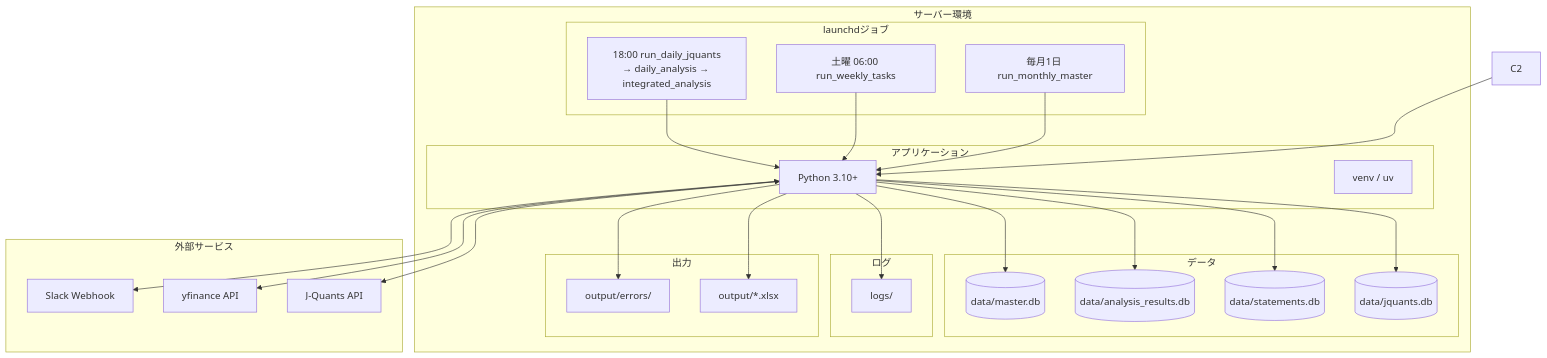
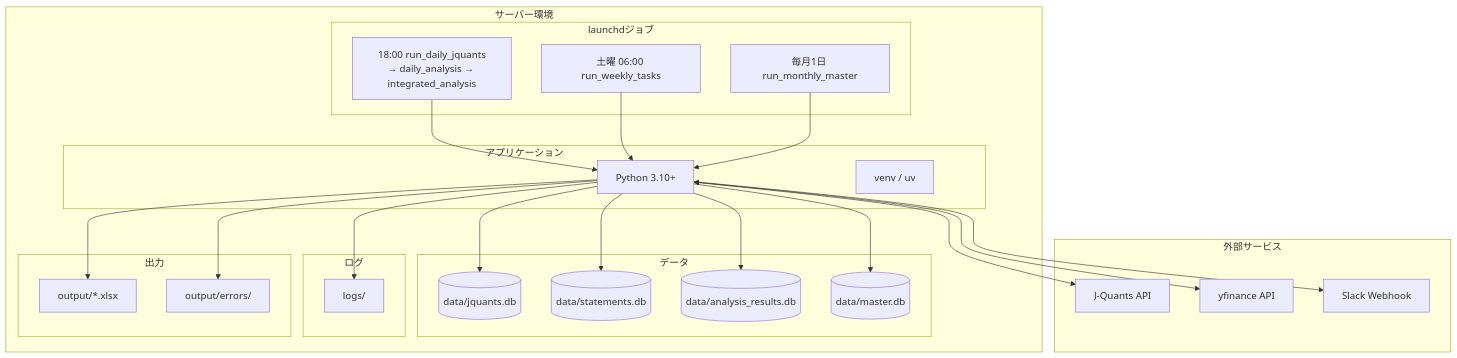
One commit to aidotters/stock-analysis changed the eighth of 9 diagrams in docs/core/diagrams.md. Above: the diagram before and after it, drawn with Mermaid. The commit also changed other lines of this file and 13 other files, not shown here.

````diff
--- a/docs/core/diagrams.md
+++ b/docs/core/diagrams.md
@@ -500,54 +616,53 @@
 ```mermaid
 graph TB
     subgraph Server["サーバー環境"]
         subgraph Cron["launchdジョブ"]
             C1[18:00 run_daily_jquants<br/>→ daily_analysis → integrated_analysis]
             C3[土曜 06:00 run_weekly_tasks]
             C4[毎月1日 run_monthly_master]
         end
 
         subgraph App["アプリケーション"]
             PY[Python 3.10+]
             VENV[venv / uv]
         end
 
         subgraph Data["データ"]
             DB1[(data/jquants.db)]
             DB2[(data/statements.db)]
             DB3[(data/analysis_results.db)]
             DB4[(data/master.db)]
         end
 
         subgraph Logs["ログ"]
             LOG[logs/]
         end
 
         subgraph Output["出力"]
             XLSX[output/*.xlsx]
             ERR[output/errors/]
         end
     end
 
     subgraph External["外部サービス"]
         JQAPI[J-Quants API]
         YFAPI[yfinance API]
         SLACK[Slack Webhook]
     end
 
     C1 --> PY
-    C2 --> PY
     C3 --> PY
     C4 --> PY
 
     PY --> DB1
     PY --> DB2
     PY --> DB3
     PY --> DB4
     PY --> LOG
     PY --> XLSX
     PY --> ERR
 
     PY <--> JQAPI
     PY <--> YFAPI
     PY --> SLACK
 ```
````
